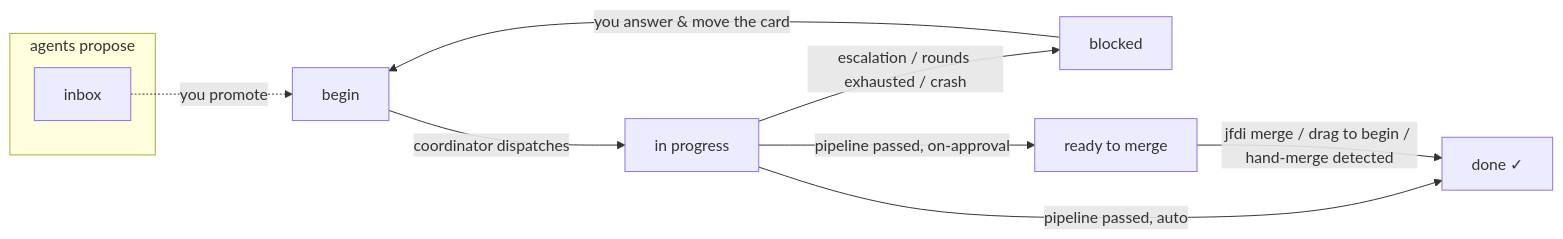
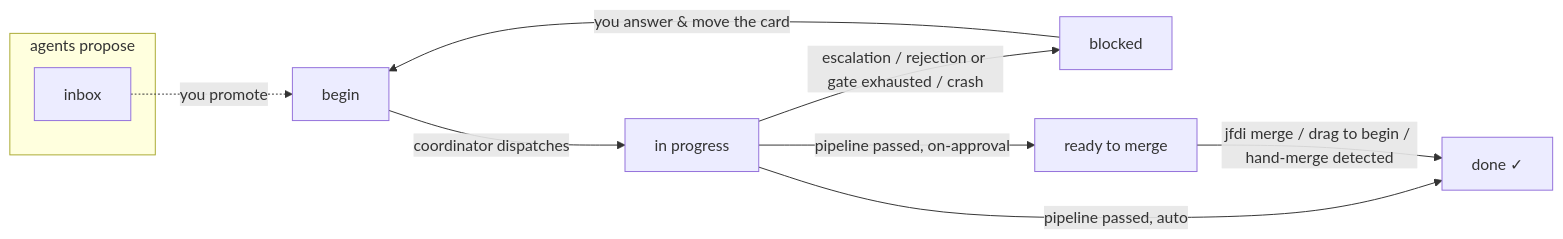
The diagram in docs/guide/board-and-tickets.md (rdaruszka/jfdi), drawn with Mermaid before and after one commit. The commit also changed other lines of this file and 25 other files, not shown here.

````diff
--- a/docs/guide/board-and-tickets.md
+++ b/docs/guide/board-and-tickets.md
@@ -313,13 +317,13 @@
 ```mermaid
 flowchart LR
     B[begin] -->|coordinator dispatches| IP[in progress]
-    IP -->|escalation / rounds exhausted / crash| BL[blocked]
+    IP -->|escalation / rejection or gate exhausted / crash| BL[blocked]
     IP -->|pipeline passed, on-approval| RTM[ready to merge]
     IP -->|pipeline passed, auto| D[done ✓]
     RTM -->|jfdi merge / drag to begin / hand-merge detected| D
     BL -->|you answer & move the card| B
     subgraph agents propose
         INBOX[inbox]
     end
     INBOX -.->|you promote| B
 ```
````
